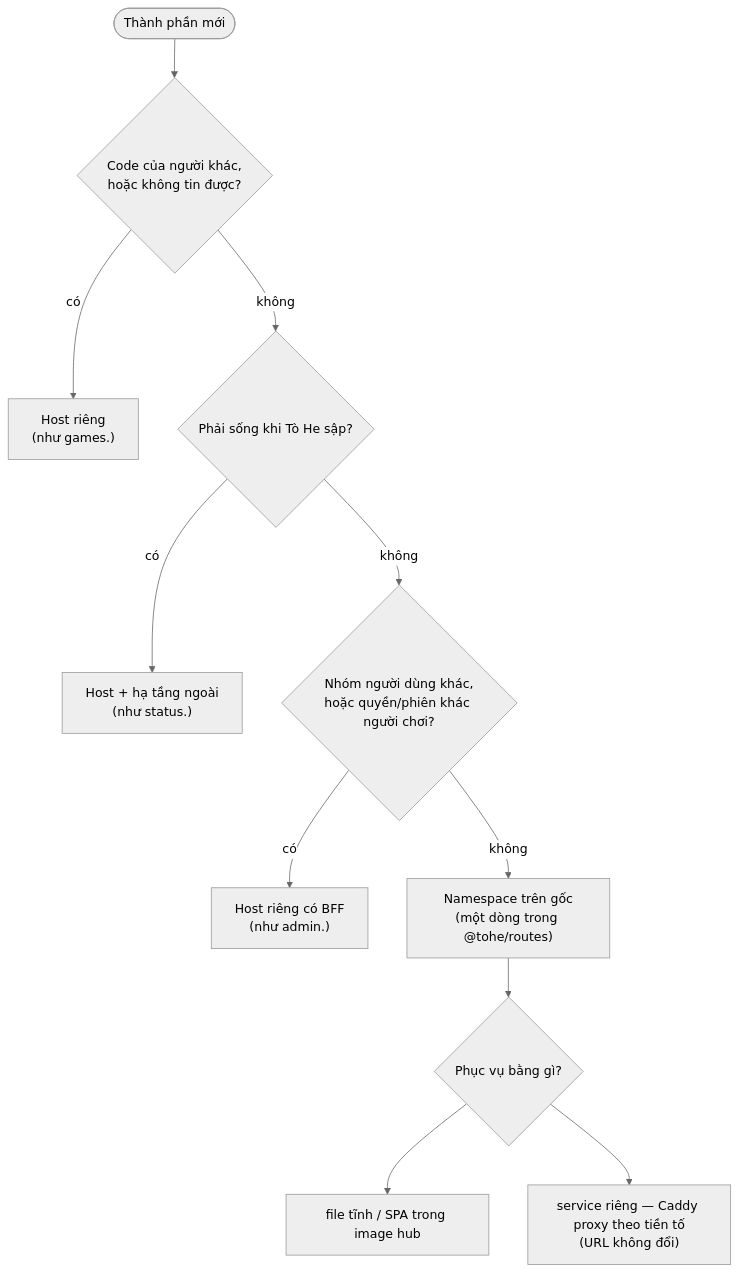
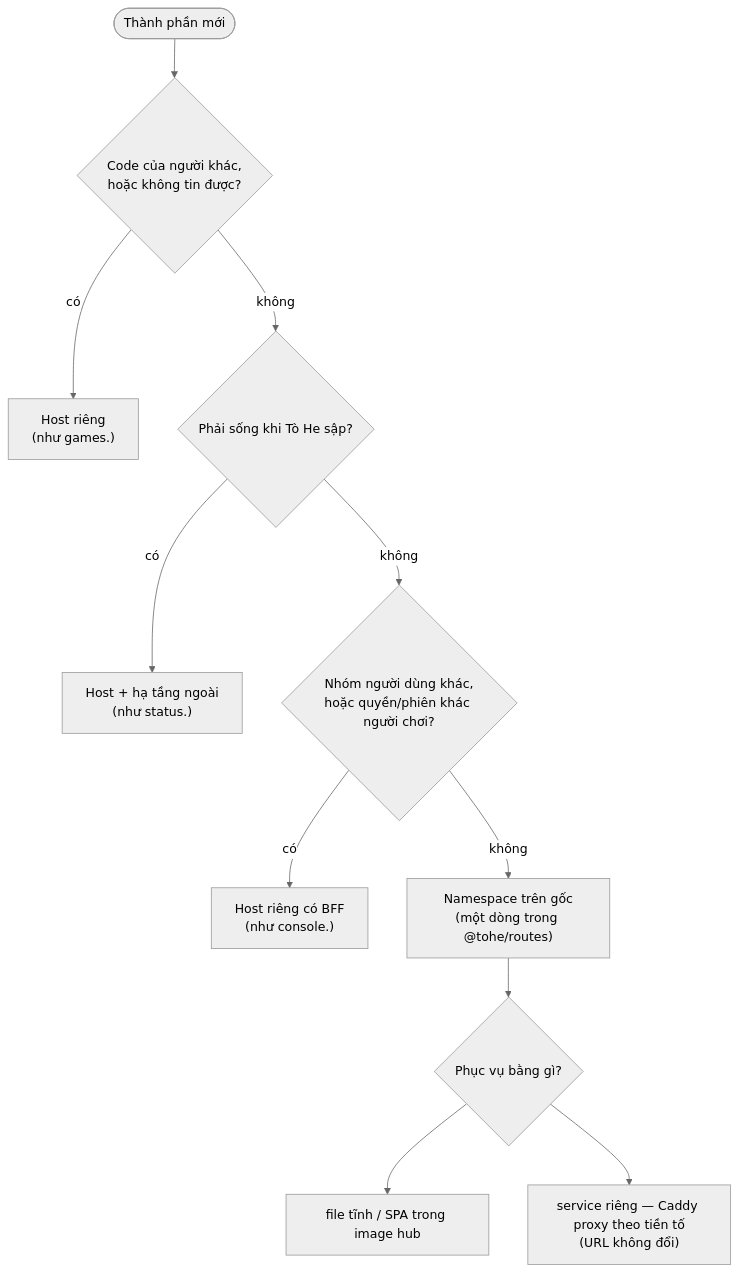
Before and after one commit to vinh466/tohe-play: the second of 2 diagrams in plans/product-surface/items/D-01-host-and-path-layout.md, drawn with Mermaid (neutral theme). The commit also changed other lines of this file and 8 other files, not shown here.

````diff
--- a/plans/product-surface/items/D-01-host-and-path-layout.md
+++ b/plans/product-surface/items/D-01-host-and-path-layout.md
@@ -131,13 +132,13 @@
 ```mermaid
 flowchart TD
   new([Thành phần mới]) --> q1{"Code của người khác,<br/>hoặc không tin được?"}
   q1 -- có --> sub["Host riêng<br/>(như games.)"]
   q1 -- không --> q2{"Phải sống khi Tò He sập?"}
   q2 -- có --> ext["Host + hạ tầng ngoài<br/>(như status.)"]
   q2 -- không --> q3{"Nhóm người dùng khác,<br/>hoặc quyền/phiên khác người chơi?"}
-  q3 -- có --> sub2["Host riêng có BFF<br/>(như admin.)"]
+  q3 -- có --> sub2["Host riêng có BFF<br/>(như console.)"]
   q3 -- không --> path["Namespace trên gốc<br/>(một dòng trong @tohe/routes)"]
   path --> serve{"Phục vụ bằng gì?"}
   serve --> s1["file tĩnh / SPA trong image hub"]
   serve --> s2["service riêng — Caddy proxy theo tiền tố<br/>(URL không đổi)"]
 ```
````
